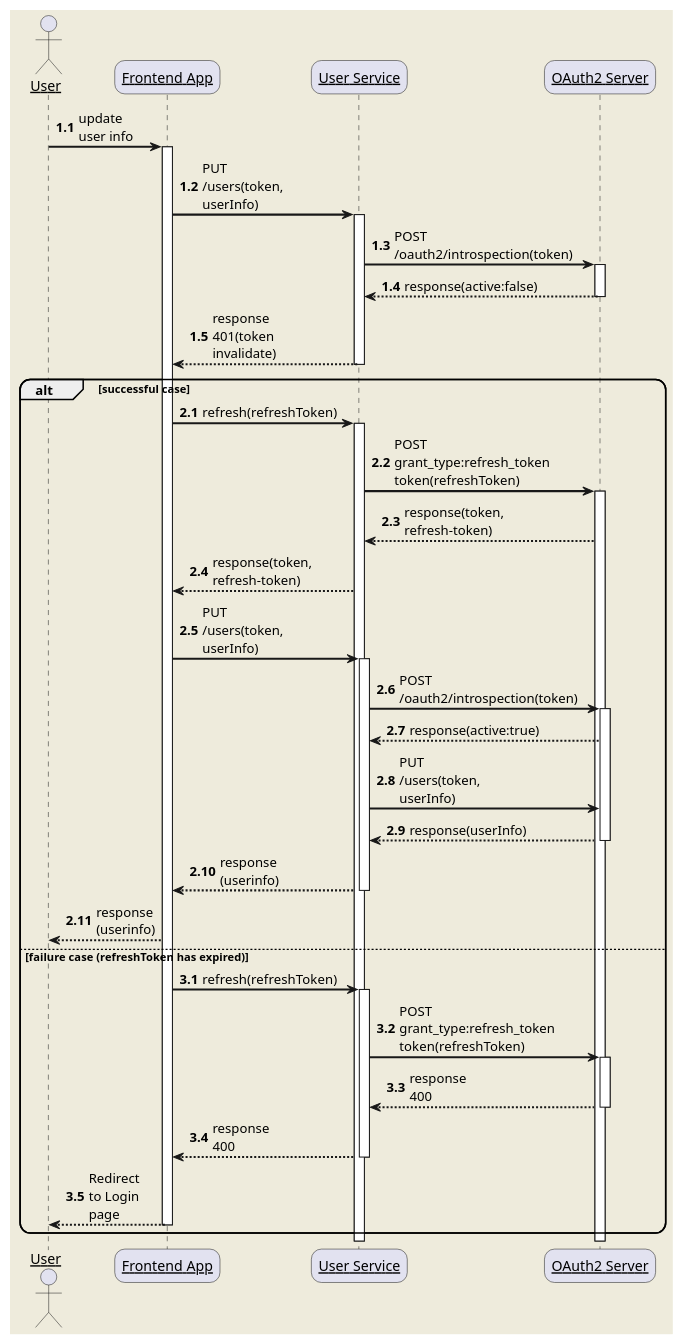
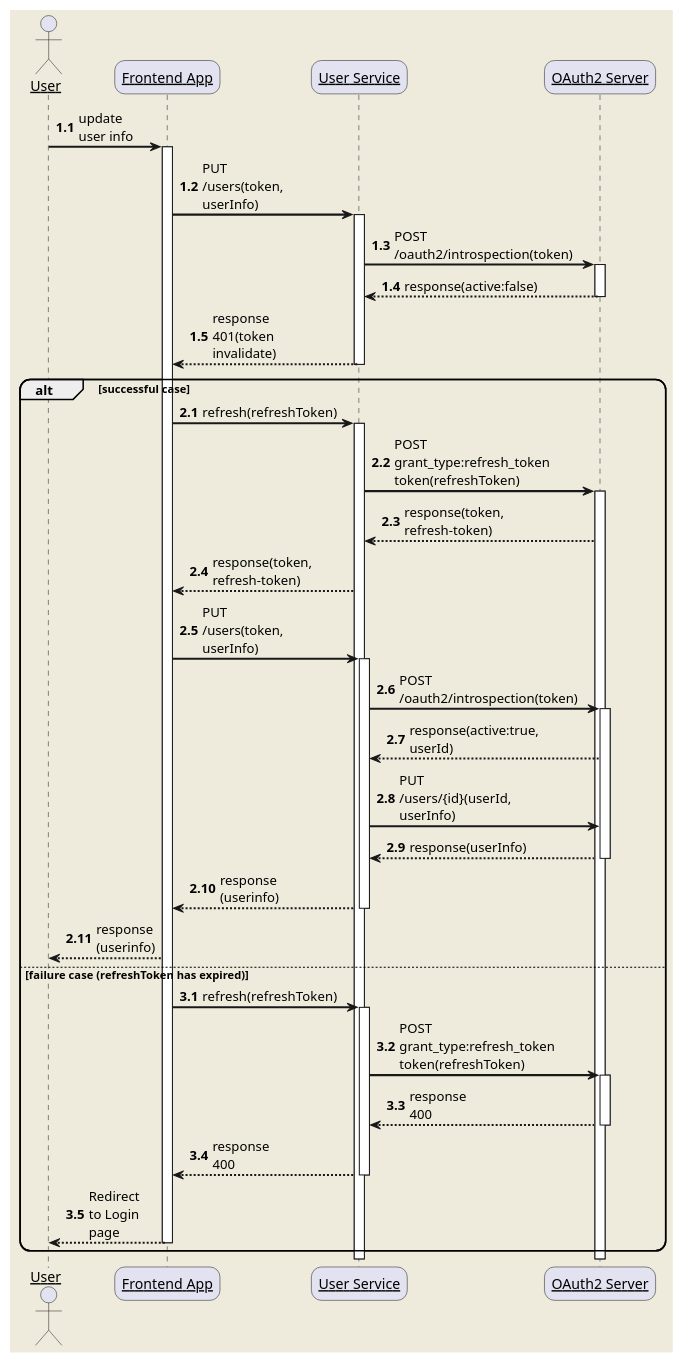
Before and after one commit to Hannibal0416/modern-renting-service: the diagram in doc/sequence/user-update-token-timeout.puml, drawn with PlantUML. The commit also changed 30 other files, not shown here.

```diff
--- a/doc/sequence/user-update-token-timeout.puml
+++ b/doc/sequence/user-update-token-timeout.puml
@@ -1,71 +1,71 @@
 @startuml
 skinparam backgroundColor #EEEBDC
 skinparam handwritten false
 skinparam sequenceArrowThickness 2
 skinparam roundcorner 20
 skinparam maxmessagesize 60
 skinparam sequenceParticipant underline
 
 actor User
 participant "Frontend App" as Frontend
 participant "User Service" as UserService
 participant "OAuth2 Server" as OAuth
 
 autonumber 1.1
 User -> Frontend: update user info
 activate Frontend
 
 Frontend -> UserService: PUT /users(token, userInfo)
 activate UserService
 
 UserService -> OAuth: POST /oauth2/introspection(token)
 activate OAuth
 OAuth --> UserService: response(active:false)
 deactivate OAuth
 
 UserService --> Frontend: response 401(token invalidate)
 deactivate UserService
 alt successful case
   autonumber inc A
   Frontend -> UserService: refresh(refreshToken)
   activate UserService
 
   UserService -> OAuth: POST grant_type:refresh_token token(refreshToken)
   activate OAuth
 
 
   OAuth --> UserService: response(token, refresh-token)
 
   UserService --> Frontend: response(token, refresh-token)
 
   Frontend -> UserService: PUT /users(token, userInfo)
   activate UserService
   UserService -> OAuth: POST /oauth2/introspection(token)
   activate OAuth
-  OAuth --> UserService: response(active:true)
+  OAuth --> UserService: response(active:true, userId)
 
-  UserService -> OAuth: PUT /users(token, userInfo)
+  UserService -> OAuth: PUT /users/{id}(userId, userInfo)
 
   OAuth --> UserService: response(userInfo)
   deactivate OAuth
   UserService --> Frontend: response (userinfo)
   deactivate UserService
   Frontend --> User: response (userinfo)
 
 else failure case (refreshToken has expired)
   autonumber inc A
   Frontend -> UserService: refresh(refreshToken)
   activate UserService
 
   UserService -> OAuth: POST grant_type:refresh_token token(refreshToken)
   activate OAuth
   OAuth --> UserService: response 400
   deactivate OAuth
 
   UserService --> Frontend: response 400
   deactivate UserService
 
   Frontend --> User: Redirect to Login page
   deactivate Frontend
 end
 @enduml
```
